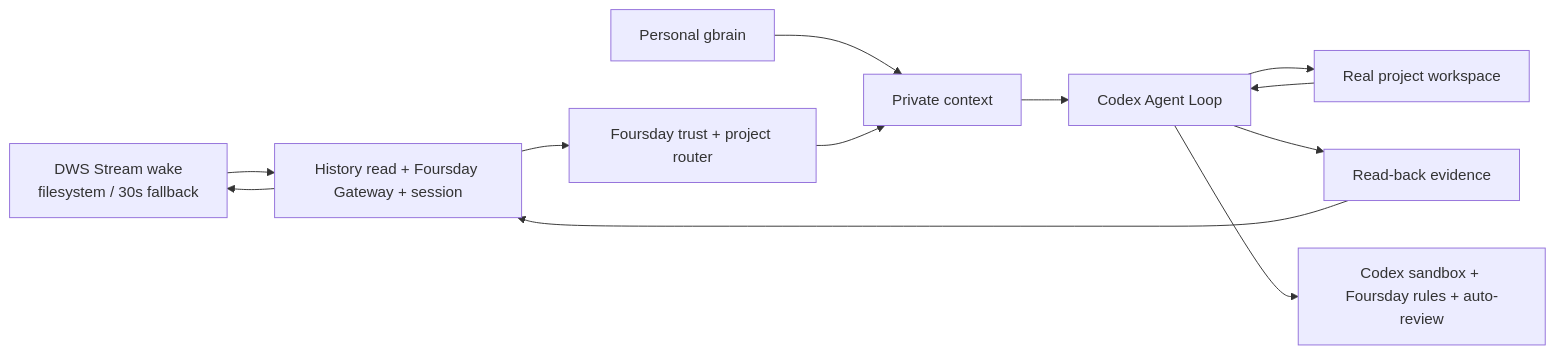
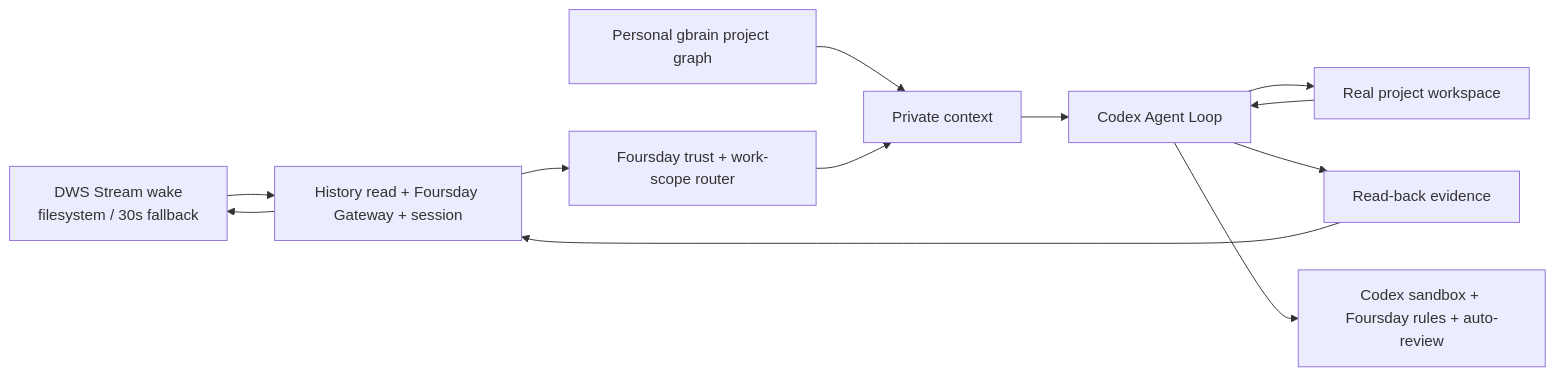
The diagram in docs/en/architecture.md (ruiwang20010702/foursday), drawn with Mermaid before and after one commit. The commit also changed other lines of this file and 55 other files, not shown here.

````diff
--- a/docs/en/architecture.md
+++ b/docs/en/architecture.md
@@ -7,14 +7,14 @@
 ```mermaid
 flowchart LR
     M["DWS Stream wake<br/>filesystem / 30s fallback"] --> A["History read + Foursday Gateway + session"]
-    A --> R["Foursday trust + project router"]
-    G["Personal gbrain"] --> C["Private context"]
+    A --> R["Foursday trust + work-scope router"]
+    G["Personal gbrain project graph"] --> C["Private context"]
     R --> C
     C --> X["Codex Agent Loop"]
     X --> W["Real project workspace"]
     W --> X
     X --> V["Read-back evidence"]
     V --> A
     A --> M
     X --> B["Codex sandbox + Foursday rules + auto-review"]
 ```
````
